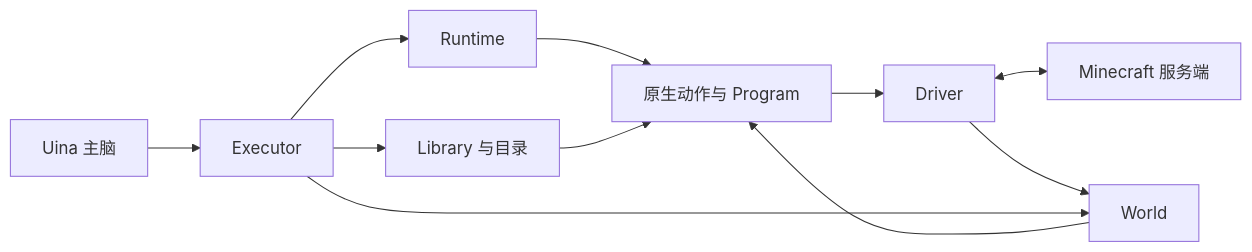
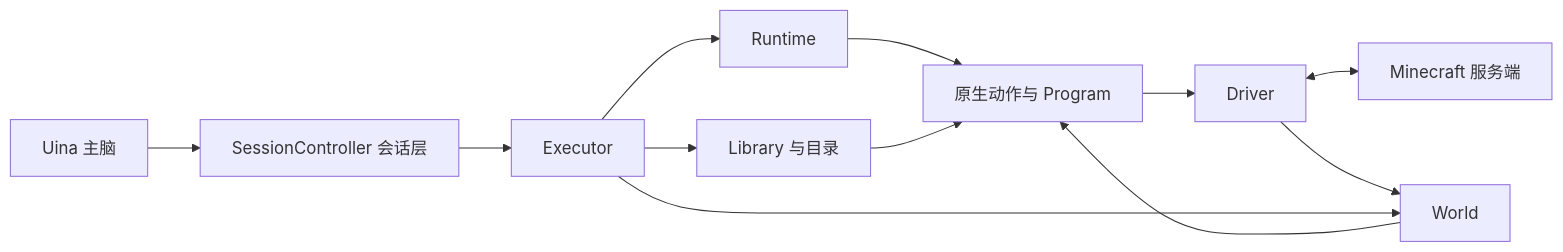
The diagram in docs/proposals/mc/design.md (FanRec/uina-agent), drawn with Mermaid before and after one commit. The commit also changed other lines of this file and 1 other file, not shown here.

First line of the commit message:
docs(mc): design/contracts 批25 同步——会话层入图 + 双根存储表 + 所有权矩阵

````diff
--- a/docs/proposals/mc/design.md
+++ b/docs/proposals/mc/design.md
@@ -46,13 +46,14 @@
 ```mermaid
 flowchart LR
-  A[Uina 主脑] --> E[Executor]
+  A[Uina 主脑] --> SS[SessionController 会话层]
+  SS --> E[Executor]
   E --> R[Runtime]
   R --> C[原生动作与 Program]
   C --> D[Driver]
   D <--> S[Minecraft 服务端]
   D --> W[World]
   W --> C
   E --> W
   E --> L[Library 与目录]
   L --> C
 ```
````
